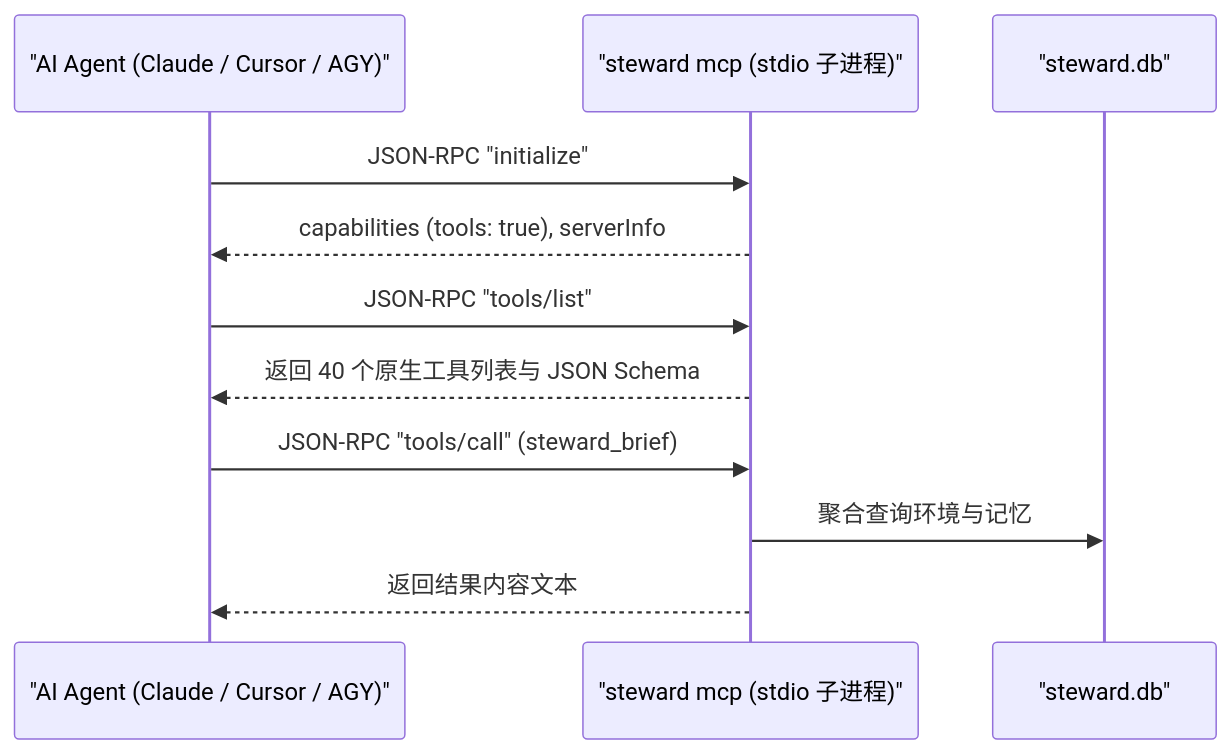
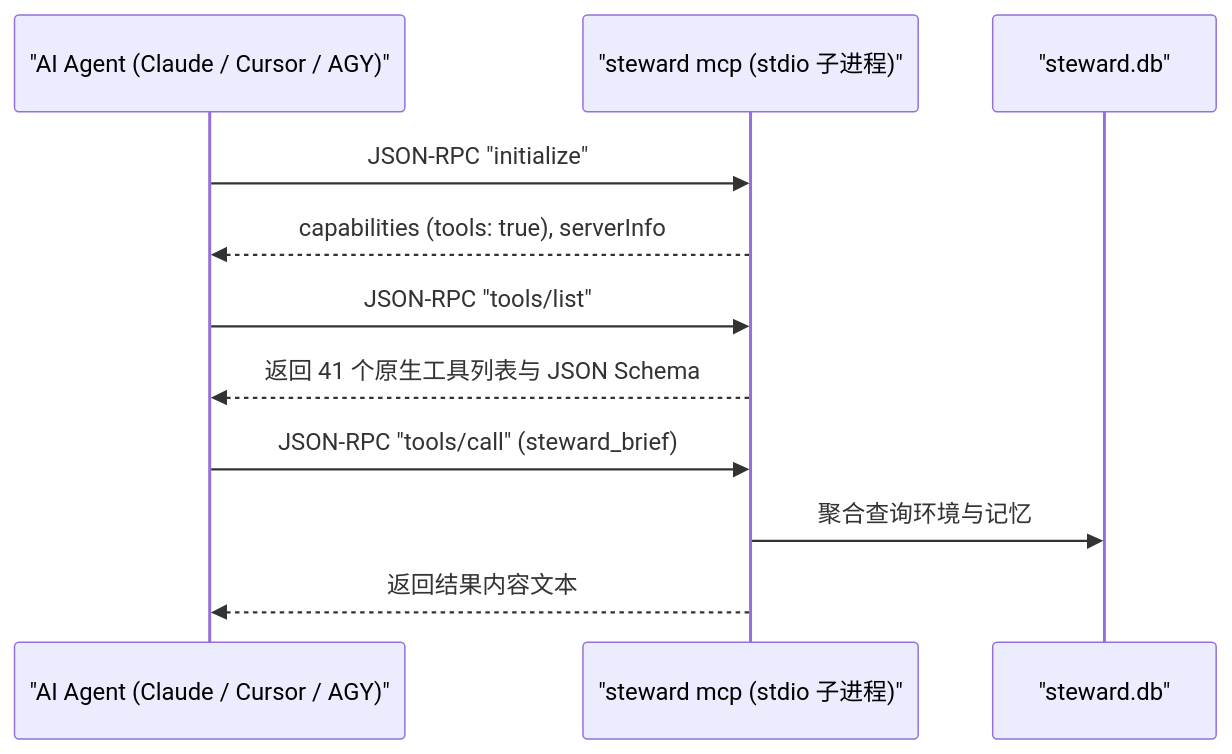
One commit to digoal/agent-body changed the diagram in manual/04-mcp-integration.md. Above: the diagram before and after it, drawn with Mermaid. The commit also changed other lines of this file and 40 other files, not shown here.

````diff
--- a/manual/04-mcp-integration.md
+++ b/manual/04-mcp-integration.md
@@ -11,14 +11,14 @@
 ```mermaid
 sequenceDiagram
     participant Agent as "AI Agent (Claude / Cursor / AGY)"
     participant Steward as "steward mcp (stdio 子进程)"
     participant SQLite as "steward.db"
 
     Agent->>Steward: JSON-RPC "initialize"
     Steward-->>Agent: capabilities (tools: true), serverInfo
     Agent->>Steward: JSON-RPC "tools/list"
-    Steward-->>Agent: 返回 40 个原生工具列表与 JSON Schema
+    Steward-->>Agent: 返回 41 个原生工具列表与 JSON Schema
     Agent->>Steward: JSON-RPC "tools/call" (steward_brief)
     Steward->>SQLite: 聚合查询环境与记忆
     Steward-->>Agent: 返回结果内容文本
 ```
````
